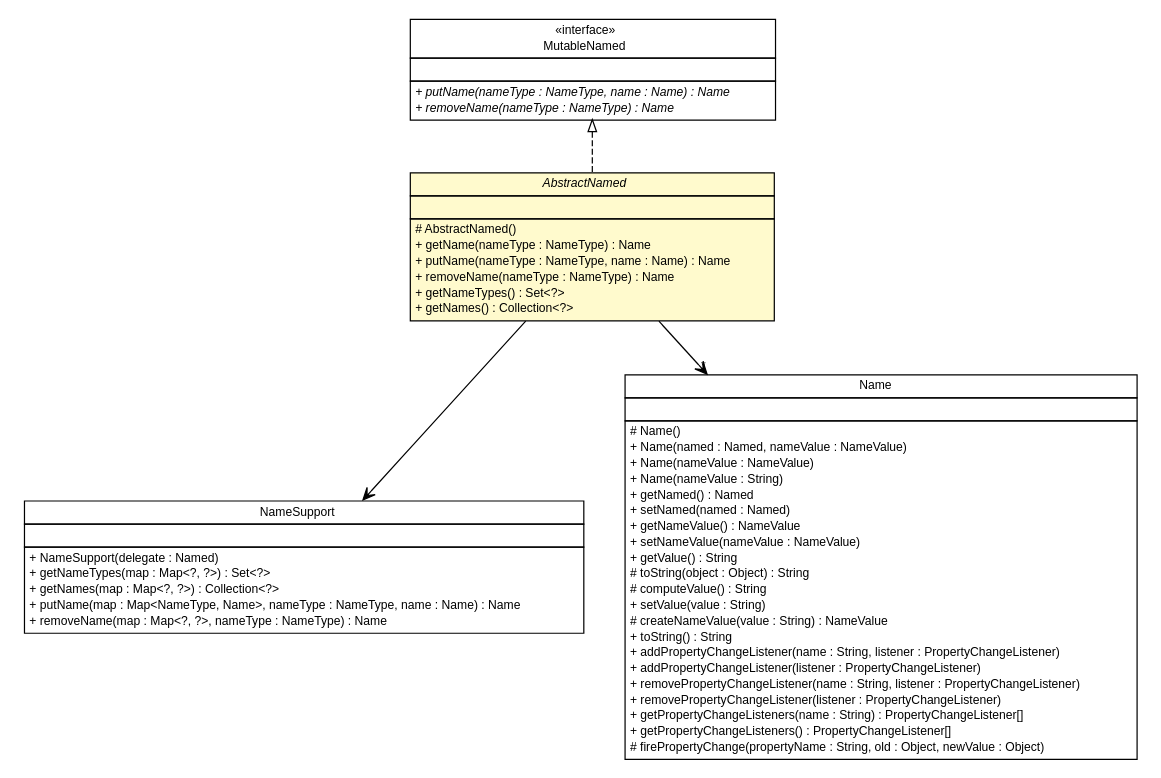
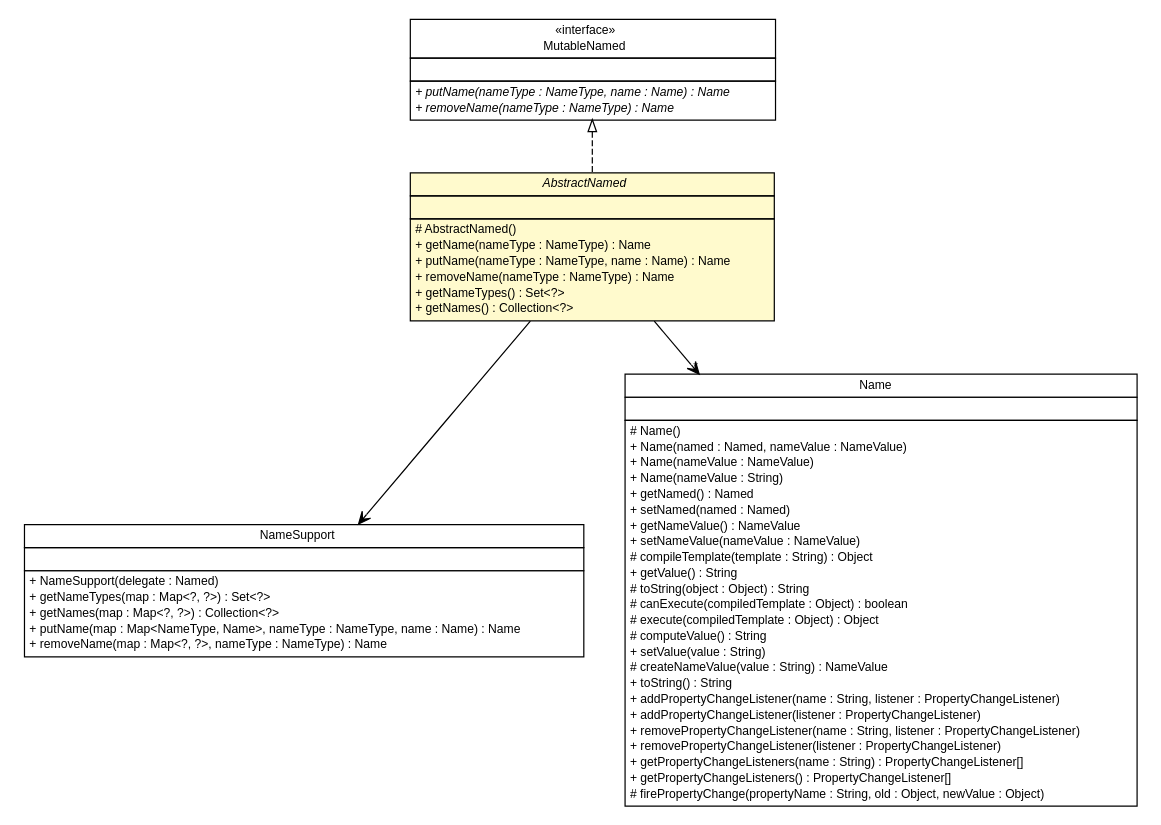
Before and after one commit to ljnelson/nomen: the diagram in apidocs/com/edugility/nomen/AbstractNamed.dot, drawn with Graphviz. The commit also changed 127 other files, not shown here.

```diff
--- a/apidocs/com/edugility/nomen/AbstractNamed.dot
+++ b/apidocs/com/edugility/nomen/AbstractNamed.dot
@@ -1,97 +1,100 @@
 #!/usr/local/bin/dot
 #
 # Class diagram 
 # Generated by UMLGraph version R5_6-24-gf6e263 (http://www.umlgraph.org/)
 #
 
 digraph G {
 	edge [fontname="Helvetica",fontsize=10,labelfontname="Helvetica",labelfontsize=10];
 	node [fontname="Helvetica",fontsize=10,shape=plaintext];
 	nodesep=0.25;
 	ranksep=0.5;
 	// com.edugility.nomen.NameSupport
 	c38 [label=<<table title="com.edugility.nomen.NameSupport" border="0" cellborder="1" cellspacing="0" cellpadding="2" port="p" href="./NameSupport.html">
 		<tr><td><table border="0" cellspacing="0" cellpadding="1">
 <tr><td align="center" balign="center"> NameSupport </td></tr>
 		</table></td></tr>
 		<tr><td><table border="0" cellspacing="0" cellpadding="1">
 <tr><td align="left" balign="left">  </td></tr>
 		</table></td></tr>
 		<tr><td><table border="0" cellspacing="0" cellpadding="1">
 <tr><td align="left" balign="left"> + NameSupport(delegate : Named) </td></tr>
 <tr><td align="left" balign="left"> + getNameTypes(map : Map&lt;?, ?&gt;) : Set&lt;?&gt; </td></tr>
 <tr><td align="left" balign="left"> + getNames(map : Map&lt;?, ?&gt;) : Collection&lt;?&gt; </td></tr>
 <tr><td align="left" balign="left"> + putName(map : Map&lt;NameType, Name&gt;, nameType : NameType, name : Name) : Name </td></tr>
 <tr><td align="left" balign="left"> + removeName(map : Map&lt;?, ?&gt;, nameType : NameType) : Name </td></tr>
 		</table></td></tr>
 		</table>>, URL="./NameSupport.html", fontname="Helvetica", fontcolor="black", fontsize=10.0];
 	// com.edugility.nomen.Name
 	c48 [label=<<table title="com.edugility.nomen.Name" border="0" cellborder="1" cellspacing="0" cellpadding="2" port="p" href="./Name.html">
 		<tr><td><table border="0" cellspacing="0" cellpadding="1">
 <tr><td align="center" balign="center"> Name </td></tr>
 		</table></td></tr>
 		<tr><td><table border="0" cellspacing="0" cellpadding="1">
 <tr><td align="left" balign="left">  </td></tr>
 		</table></td></tr>
 		<tr><td><table border="0" cellspacing="0" cellpadding="1">
 <tr><td align="left" balign="left"> # Name() </td></tr>
 <tr><td align="left" balign="left"> + Name(named : Named, nameValue : NameValue) </td></tr>
 <tr><td align="left" balign="left"> + Name(nameValue : NameValue) </td></tr>
 <tr><td align="left" balign="left"> + Name(nameValue : String) </td></tr>
 <tr><td align="left" balign="left"> + getNamed() : Named </td></tr>
 <tr><td align="left" balign="left"> + setNamed(named : Named) </td></tr>
 <tr><td align="left" balign="left"> + getNameValue() : NameValue </td></tr>
 <tr><td align="left" balign="left"> + setNameValue(nameValue : NameValue) </td></tr>
+<tr><td align="left" balign="left"> # compileTemplate(template : String) : Object </td></tr>
 <tr><td align="left" balign="left"> + getValue() : String </td></tr>
 <tr><td align="left" balign="left"> # toString(object : Object) : String </td></tr>
+<tr><td align="left" balign="left"> # canExecute(compiledTemplate : Object) : boolean </td></tr>
+<tr><td align="left" balign="left"> # execute(compiledTemplate : Object) : Object </td></tr>
 <tr><td align="left" balign="left"> # computeValue() : String </td></tr>
 <tr><td align="left" balign="left"> + setValue(value : String) </td></tr>
 <tr><td align="left" balign="left"> # createNameValue(value : String) : NameValue </td></tr>
 <tr><td align="left" balign="left"> + toString() : String </td></tr>
 <tr><td align="left" balign="left"> + addPropertyChangeListener(name : String, listener : PropertyChangeListener) </td></tr>
 <tr><td align="left" balign="left"> + addPropertyChangeListener(listener : PropertyChangeListener) </td></tr>
 <tr><td align="left" balign="left"> + removePropertyChangeListener(name : String, listener : PropertyChangeListener) </td></tr>
 <tr><td align="left" balign="left"> + removePropertyChangeListener(listener : PropertyChangeListener) </td></tr>
 <tr><td align="left" balign="left"> + getPropertyChangeListeners(name : String) : PropertyChangeListener[] </td></tr>
 <tr><td align="left" balign="left"> + getPropertyChangeListeners() : PropertyChangeListener[] </td></tr>
 <tr><td align="left" balign="left"> # firePropertyChange(propertyName : String, old : Object, newValue : Object) </td></tr>
 		</table></td></tr>
 		</table>>, URL="./Name.html", fontname="Helvetica", fontcolor="black", fontsize=10.0];
 	// com.edugility.nomen.MutableNamed
 	c49 [label=<<table title="com.edugility.nomen.MutableNamed" border="0" cellborder="1" cellspacing="0" cellpadding="2" port="p" href="./MutableNamed.html">
 		<tr><td><table border="0" cellspacing="0" cellpadding="1">
 <tr><td align="center" balign="center"> &#171;interface&#187; </td></tr>
 <tr><td align="center" balign="center"> MutableNamed </td></tr>
 		</table></td></tr>
 		<tr><td><table border="0" cellspacing="0" cellpadding="1">
 <tr><td align="left" balign="left">  </td></tr>
 		</table></td></tr>
 		<tr><td><table border="0" cellspacing="0" cellpadding="1">
 <tr><td align="left" balign="left"><font face="Helvetica-Oblique" point-size="10.0"> + putName(nameType : NameType, name : Name) : Name </font></td></tr>
 <tr><td align="left" balign="left"><font face="Helvetica-Oblique" point-size="10.0"> + removeName(nameType : NameType) : Name </font></td></tr>
 		</table></td></tr>
 		</table>>, URL="./MutableNamed.html", fontname="Helvetica", fontcolor="black", fontsize=10.0];
 	// com.edugility.nomen.AbstractNamed
 	c51 [label=<<table title="com.edugility.nomen.AbstractNamed" border="0" cellborder="1" cellspacing="0" cellpadding="2" port="p" bgcolor="lemonChiffon" href="./AbstractNamed.html">
 		<tr><td><table border="0" cellspacing="0" cellpadding="1">
 <tr><td align="center" balign="center"><font face="Helvetica-Oblique"> AbstractNamed </font></td></tr>
 		</table></td></tr>
 		<tr><td><table border="0" cellspacing="0" cellpadding="1">
 <tr><td align="left" balign="left">  </td></tr>
 		</table></td></tr>
 		<tr><td><table border="0" cellspacing="0" cellpadding="1">
 <tr><td align="left" balign="left"> # AbstractNamed() </td></tr>
 <tr><td align="left" balign="left"> + getName(nameType : NameType) : Name </td></tr>
 <tr><td align="left" balign="left"> + putName(nameType : NameType, name : Name) : Name </td></tr>
 <tr><td align="left" balign="left"> + removeName(nameType : NameType) : Name </td></tr>
 <tr><td align="left" balign="left"> + getNameTypes() : Set&lt;?&gt; </td></tr>
 <tr><td align="left" balign="left"> + getNames() : Collection&lt;?&gt; </td></tr>
 		</table></td></tr>
 		</table>>, URL="./AbstractNamed.html", fontname="Helvetica", fontcolor="black", fontsize=10.0];
 	//com.edugility.nomen.AbstractNamed implements com.edugility.nomen.MutableNamed
 	c49:p -> c51:p [dir=back,arrowtail=empty,style=dashed];
 	// com.edugility.nomen.AbstractNamed NAVASSOC com.edugility.nomen.Name
 	c51:p -> c48:p [taillabel="", label="", headlabel="*", fontname="Helvetica", fontcolor="black", fontsize=10.0, color="black", arrowhead=open];
 	// com.edugility.nomen.AbstractNamed NAVASSOC com.edugility.nomen.NameSupport
 	c51:p -> c38:p [taillabel="", label="", headlabel="", fontname="Helvetica", fontcolor="black", fontsize=10.0, color="black", arrowhead=open];
 }
```
